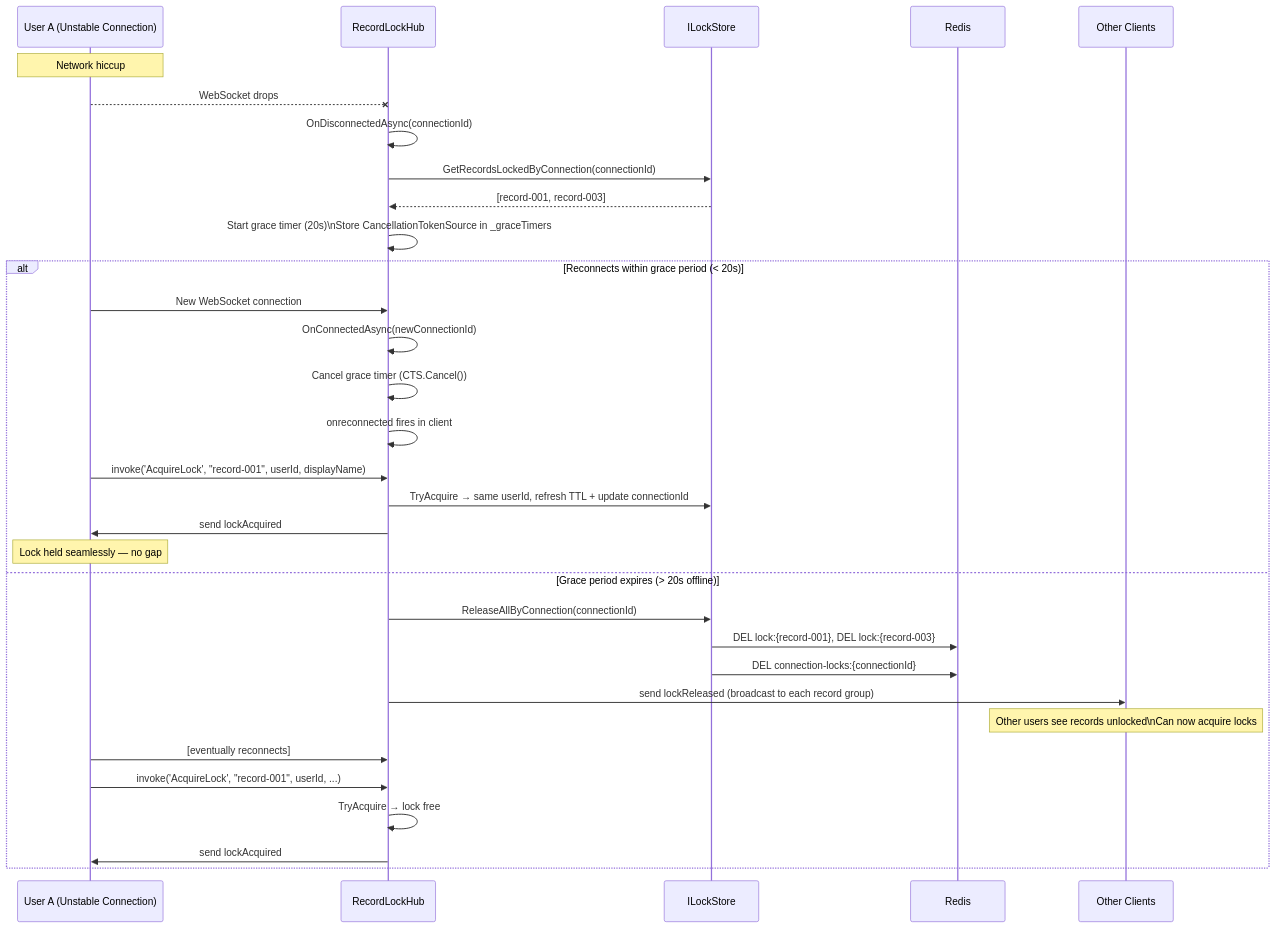
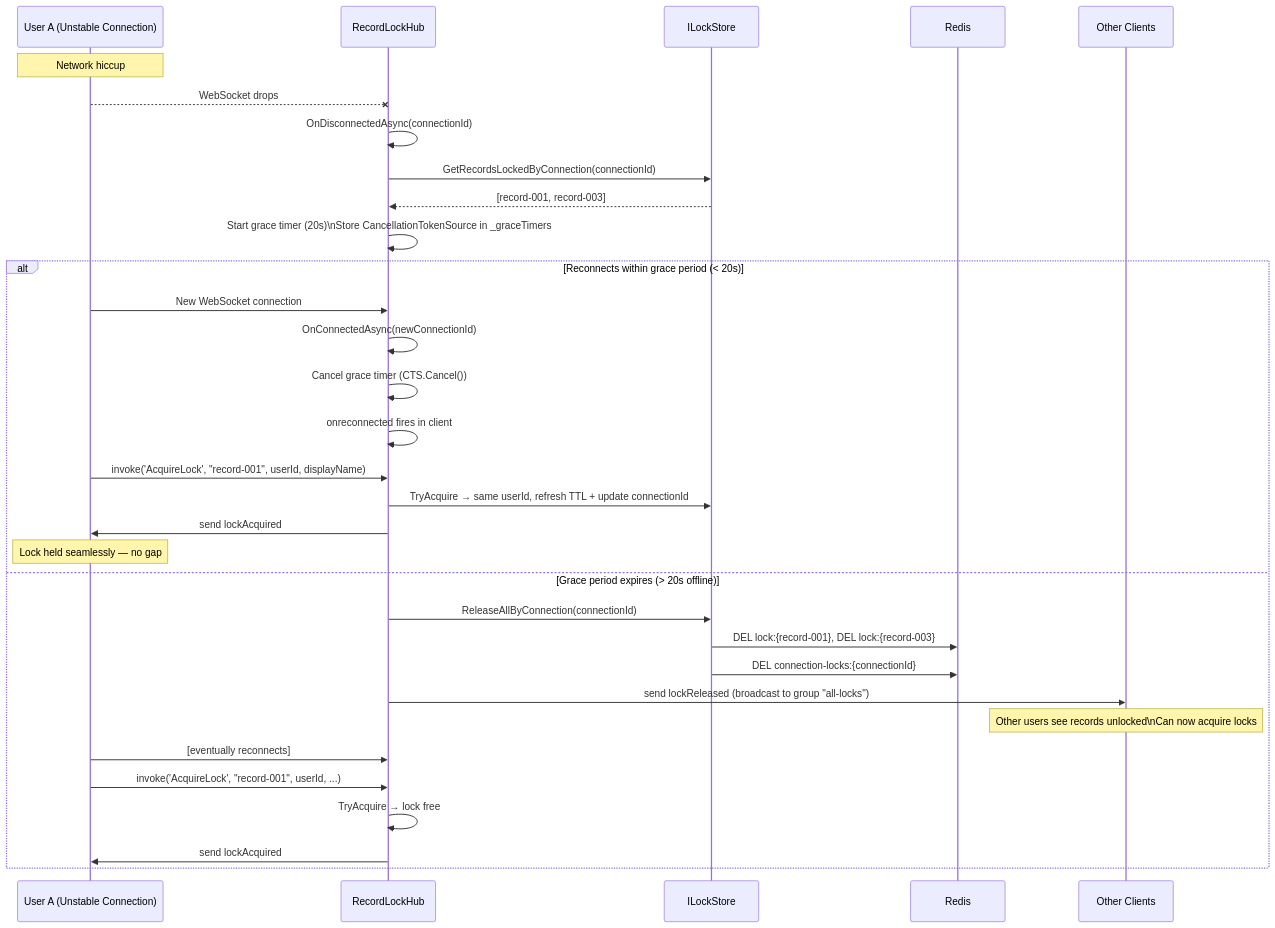
The ninth of 9 diagrams in docs/ARCHITECTURE.md (jasveersingh-tz/signalR), drawn with Mermaid before and after one commit. The commit also changed other lines of this file, not shown here.

Commit message:
architecture updated as per latest flow

````diff
--- a/docs/ARCHITECTURE.md
+++ b/docs/ARCHITECTURE.md
@@ -259,36 +271,36 @@
 ```mermaid
 sequenceDiagram
     participant A as User A (Unstable Connection)
     participant H as RecordLockHub
     participant S as ILockStore
     participant R as Redis
     participant OC as Other Clients
 
     Note over A: Network hiccup
     A--xH: WebSocket drops
     H->>H: OnDisconnectedAsync(connectionId)
     H->>S: GetRecordsLockedByConnection(connectionId)
     S-->>H: [record-001, record-003]
     H->>H: Start grace timer (20s)\nStore CancellationTokenSource in _graceTimers
 
     alt Reconnects within grace period (< 20s)
         A->>H: New WebSocket connection
         H->>H: OnConnectedAsync(newConnectionId)
         H->>H: Cancel grace timer (CTS.Cancel())
         H->>H: onreconnected fires in client
         A->>H: invoke('AcquireLock', "record-001", userId, displayName)
         H->>S: TryAcquire → same userId, refresh TTL + update connectionId
         H->>A: send lockAcquired
         Note over A: Lock held seamlessly — no gap
     else Grace period expires (> 20s offline)
         H->>S: ReleaseAllByConnection(connectionId)
         S->>R: DEL lock:{record-001}, DEL lock:{record-003}
         S->>R: DEL connection-locks:{connectionId}
-        H->>OC: send lockReleased (broadcast to each record group)
+        H->>OC: send lockReleased (broadcast to group "all-locks")
         Note over OC: Other users see records unlocked\nCan now acquire locks
         A->>H: [eventually reconnects]
         A->>H: invoke('AcquireLock', "record-001", userId, ...)
         H->>H: TryAcquire → lock free
         H->>A: send lockAcquired
     end
 ```
````
